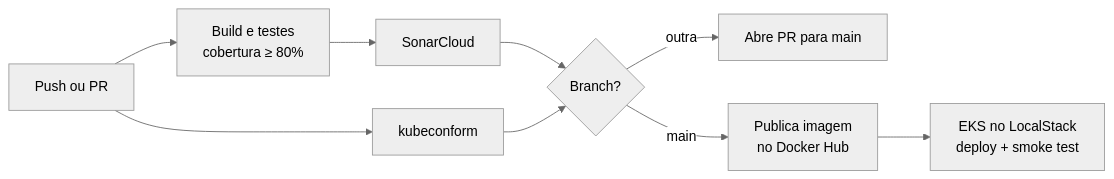
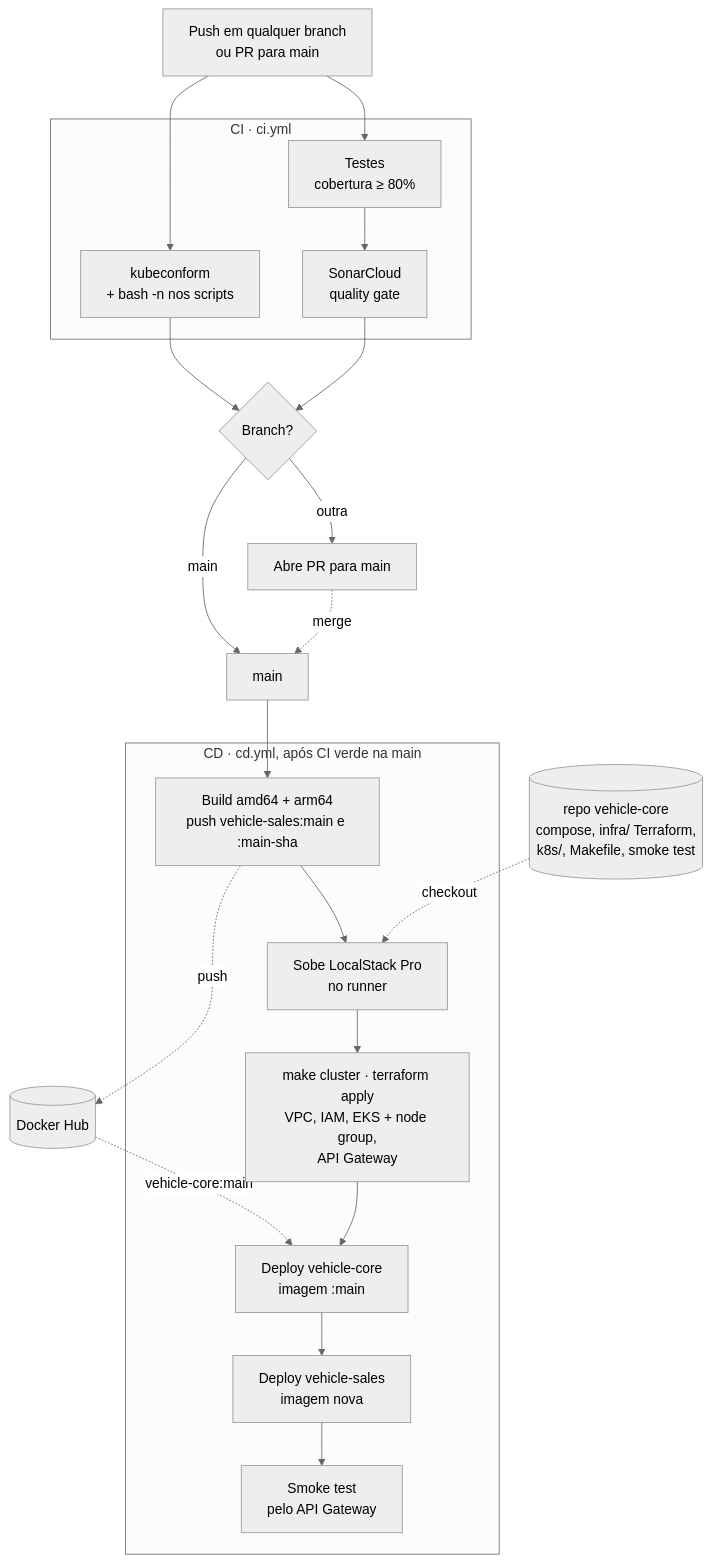
One commit to nessaoana/vehicle-sales changed the third of 3 diagrams in README.md. Above: the diagram before and after it, drawn with Mermaid (neutral theme). The commit also changed other lines of this file, not shown here.

Commit message:
docs: detalha pipelines de CI/CD e o uso do Terraform no diagrama

````diff
--- a/README.md
+++ b/README.md
@@ -164,9 +164,30 @@
 ```mermaid
-flowchart LR
-	Push[Push ou PR] --> Tests[Build e testes<br/>cobertura ≥ 80%] --> Sonar[SonarCloud]
-	Push --> K8s[kubeconform]
-	Sonar --> Branch{Branch?}
-	K8s --> Branch
+flowchart TB
+	Push[Push em qualquer branch<br/>ou PR para main]
+
+	subgraph CI[CI · ci.yml]
+		Tests[Testes<br/>cobertura ≥ 80%] --> Sonar[SonarCloud<br/>quality gate]
+		K8sCheck[kubeconform<br/>+ bash -n nos scripts]
+	end
+
+	Push --> Tests
+	Push --> K8sCheck
+	Sonar & K8sCheck --> Branch{Branch?}
 	Branch -- outra --> PR[Abre PR para main]
-	Branch -- main --> Docker[Publica imagem<br/>no Docker Hub] --> Deploy[EKS no LocalStack<br/>deploy + smoke test]
+	PR -. merge .-> Main[main]
+	Branch -- main --> Main
+
+	subgraph CD[CD · cd.yml, após CI verde na main]
+		Docker[Build amd64 + arm64<br/>push vehicle-sales:main e :main-sha]
+		Docker --> LS[Sobe LocalStack Pro<br/>no runner]
+		LS --> TFApply[make cluster · terraform apply<br/>VPC, IAM, EKS + node group,<br/>API Gateway]
+		TFApply --> DCore[Deploy vehicle-core<br/>imagem :main]
+		DCore --> DSales[Deploy vehicle-sales<br/>imagem nova]
+		DSales --> Smoke[Smoke test<br/>pelo API Gateway]
+	end
+
+	Main --> Docker
+	CoreRepo[(repo vehicle-core<br/>compose, infra/ Terraform,<br/>k8s/, Makefile, smoke test)] -. checkout .-> LS
+	Hub[(Docker Hub)] -. vehicle-core:main .-> DCore
+	Docker -. push .-> Hub
 ```
````
